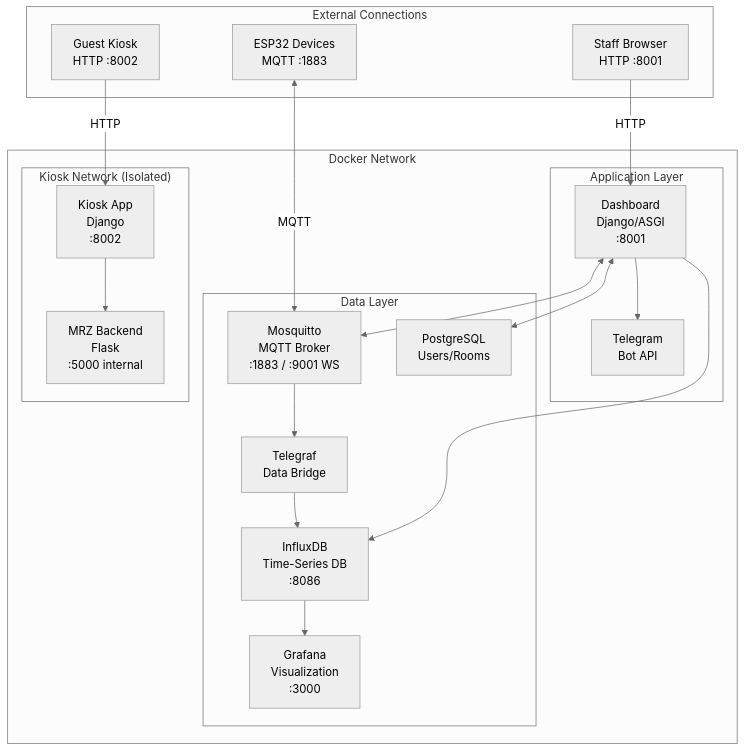
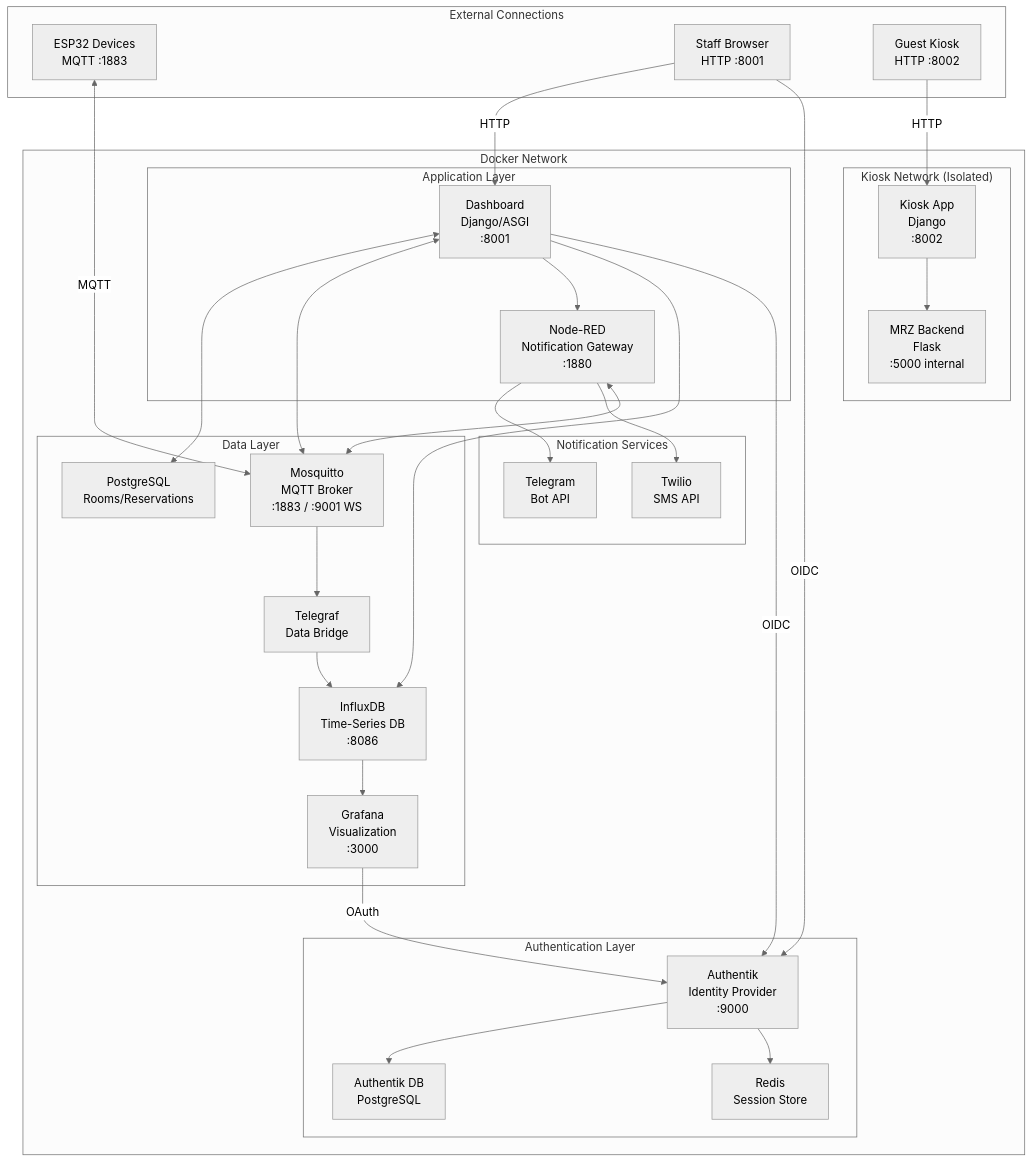
The first of 4 diagrams in cloud/README.md (SadDevastator/smart-hotel), drawn with Mermaid (neutral theme) before and after one commit. The commit also changed other lines of this file and 31 other files, not shown here.

````diff
--- a/cloud/README.md
+++ b/cloud/README.md
@@ -38,43 +40,64 @@
 ```mermaid
 flowchart TB
     subgraph EXTERNAL["External Connections"]
         ESP32["ESP32 Devices<br/>MQTT :1883"]
         STAFF["Staff Browser<br/>HTTP :8001"]
         GUESTS["Guest Kiosk<br/>HTTP :8002"]
     end
 
     subgraph DOCKER["Docker Network"]
+        subgraph AUTH_LAYER["Authentication Layer"]
+            AUTHENTIK["Authentik<br/>Identity Provider<br/>:9000"]
+            AUTH_DB["Authentik DB<br/>PostgreSQL"]
+            AUTH_REDIS["Redis<br/>Session Store"]
+        end
+
         subgraph DATA_LAYER["Data Layer"]
             MOSQUITTO["Mosquitto<br/>MQTT Broker<br/>:1883 / :9001 WS"]
             TELEGRAF["Telegraf<br/>Data Bridge"]
             INFLUXDB["InfluxDB<br/>Time-Series DB<br/>:8086"]
             GRAFANA["Grafana<br/>Visualization<br/>:3000"]
-            POSTGRES["PostgreSQL<br/>Users/Rooms"]
+            POSTGRES["PostgreSQL<br/>Rooms/Reservations"]
         end
         
         subgraph APP_LAYER["Application Layer"]
             DASHBOARD["Dashboard<br/>Django/ASGI<br/>:8001"]
+            NODERED["Node-RED<br/>Notification Gateway<br/>:1880"]
+        end
+        
+        subgraph NOTIFY["Notification Services"]
             TELEGRAM["Telegram<br/>Bot API"]
+            SMS["Twilio<br/>SMS API"]
         end
         
         subgraph KIOSK_NET["Kiosk Network (Isolated)"]
             KIOSK["Kiosk App<br/>Django<br/>:8002"]
             MRZ["MRZ Backend<br/>Flask<br/>:5000 internal"]
         end
     end
 
     ESP32 <-->|MQTT| MOSQUITTO
     STAFF -->|HTTP| DASHBOARD
+    STAFF -->|OIDC| AUTHENTIK
     GUESTS -->|HTTP| KIOSK
     
     MOSQUITTO --> TELEGRAF
     TELEGRAF --> INFLUXDB
     INFLUXDB --> GRAFANA
+    GRAFANA -->|OAuth| AUTHENTIK
+    
+    AUTHENTIK --> AUTH_DB
+    AUTHENTIK --> AUTH_REDIS
     
     DASHBOARD <--> POSTGRES
     DASHBOARD <--> MOSQUITTO
-    DASHBOARD --> TELEGRAM
+    DASHBOARD --> NODERED
     DASHBOARD --> INFLUXDB
+    DASHBOARD -->|OIDC| AUTHENTIK
+    
+    NODERED --> TELEGRAM
+    NODERED --> SMS
+    NODERED <--> MOSQUITTO
     
     KIOSK --> MRZ
 ```
````
